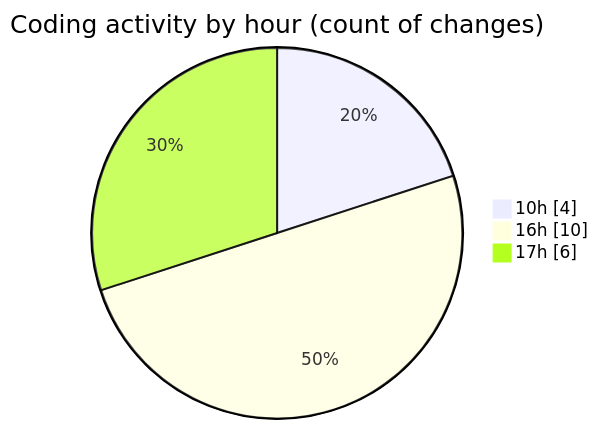
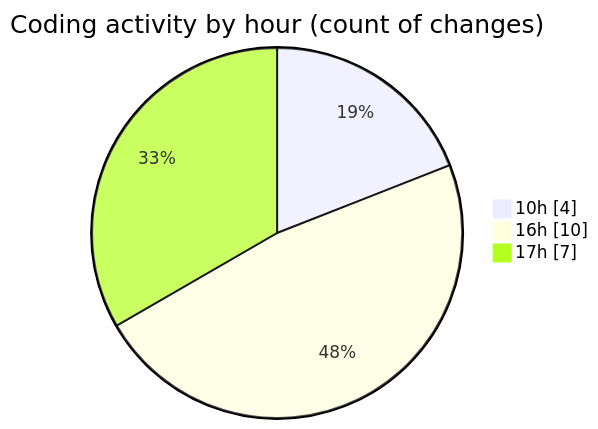
Before and after one commit to vahidmafi/code-tracking: the second of 2 diagrams in 2025-04-17/horizon/README.md, drawn with Mermaid. The commit also changed other lines of this file and 1 other file, not shown here.

````diff
--- a/2025-04-17/horizon/README.md
+++ b/2025-04-17/horizon/README.md
@@ -29,7 +29,7 @@
 ```mermaid
 pie showData
 title Coding activity by hour (count of changes)
 "10h" : 4
 "16h" : 10
-"17h" : 6
+"17h" : 7
 ```
````
